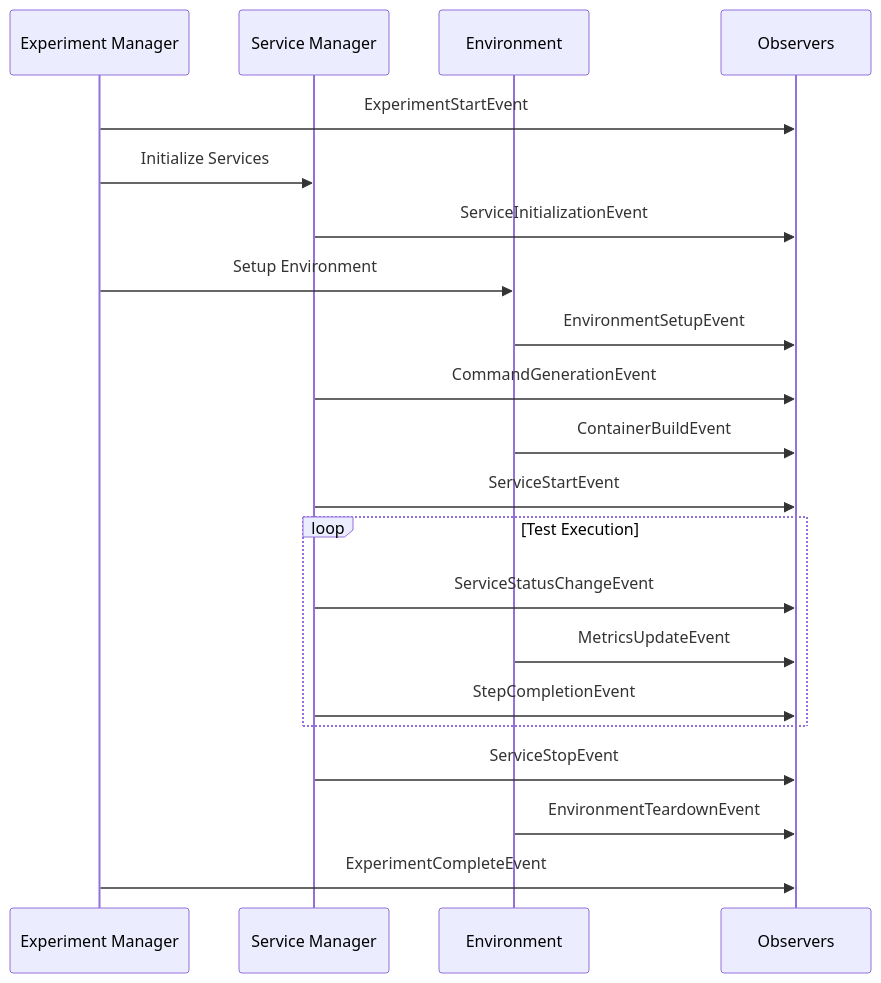
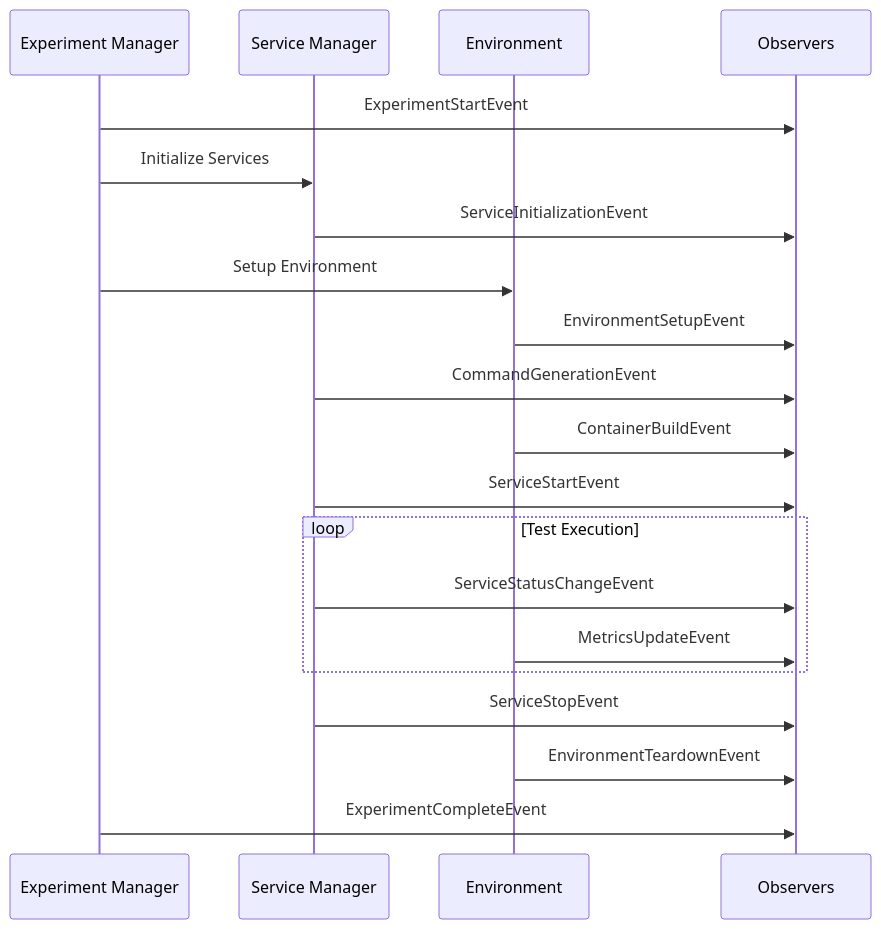
One commit to ElNiak/PANTHER changed the fifth of 5 diagrams in workflow.md. Above: the diagram before and after it, drawn with Mermaid. The commit also changed other lines of this file and 101 other files, not shown here.

````diff
--- a/workflow.md
+++ b/workflow.md
@@ -640,27 +111,26 @@
 ```mermaid
 sequenceDiagram
     participant EM as Experiment Manager
     participant SM as Service Manager
     participant ENV as Environment
     participant OBS as Observers
 
     EM->>OBS: ExperimentStartEvent
     EM->>SM: Initialize Services
     SM->>OBS: ServiceInitializationEvent
     EM->>ENV: Setup Environment
     ENV->>OBS: EnvironmentSetupEvent
 
     SM->>OBS: CommandGenerationEvent
     ENV->>OBS: ContainerBuildEvent
     SM->>OBS: ServiceStartEvent
 
     loop Test Execution
         SM->>OBS: ServiceStatusChangeEvent
         ENV->>OBS: MetricsUpdateEvent
-        SM->>OBS: StepCompletionEvent
     end
 
     SM->>OBS: ServiceStopEvent
     ENV->>OBS: EnvironmentTeardownEvent
     EM->>OBS: ExperimentCompleteEvent
 ```
````
